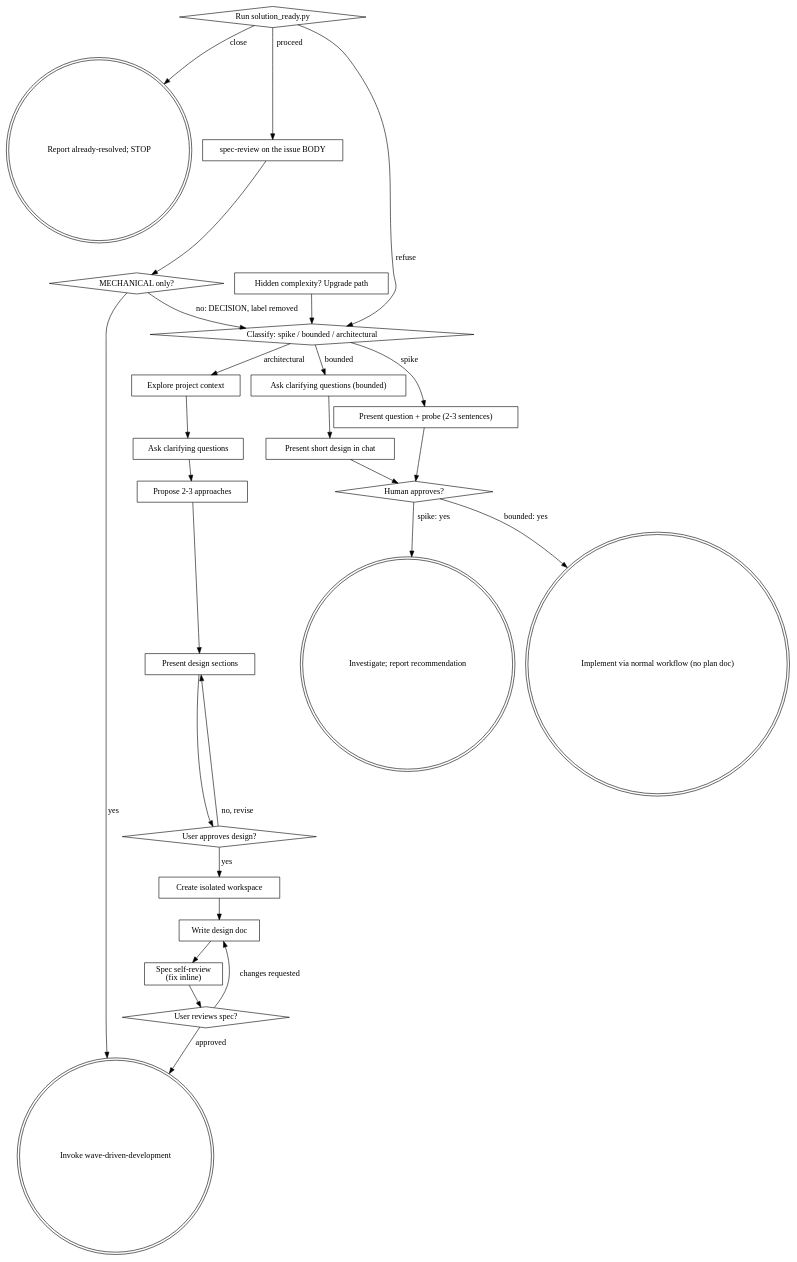
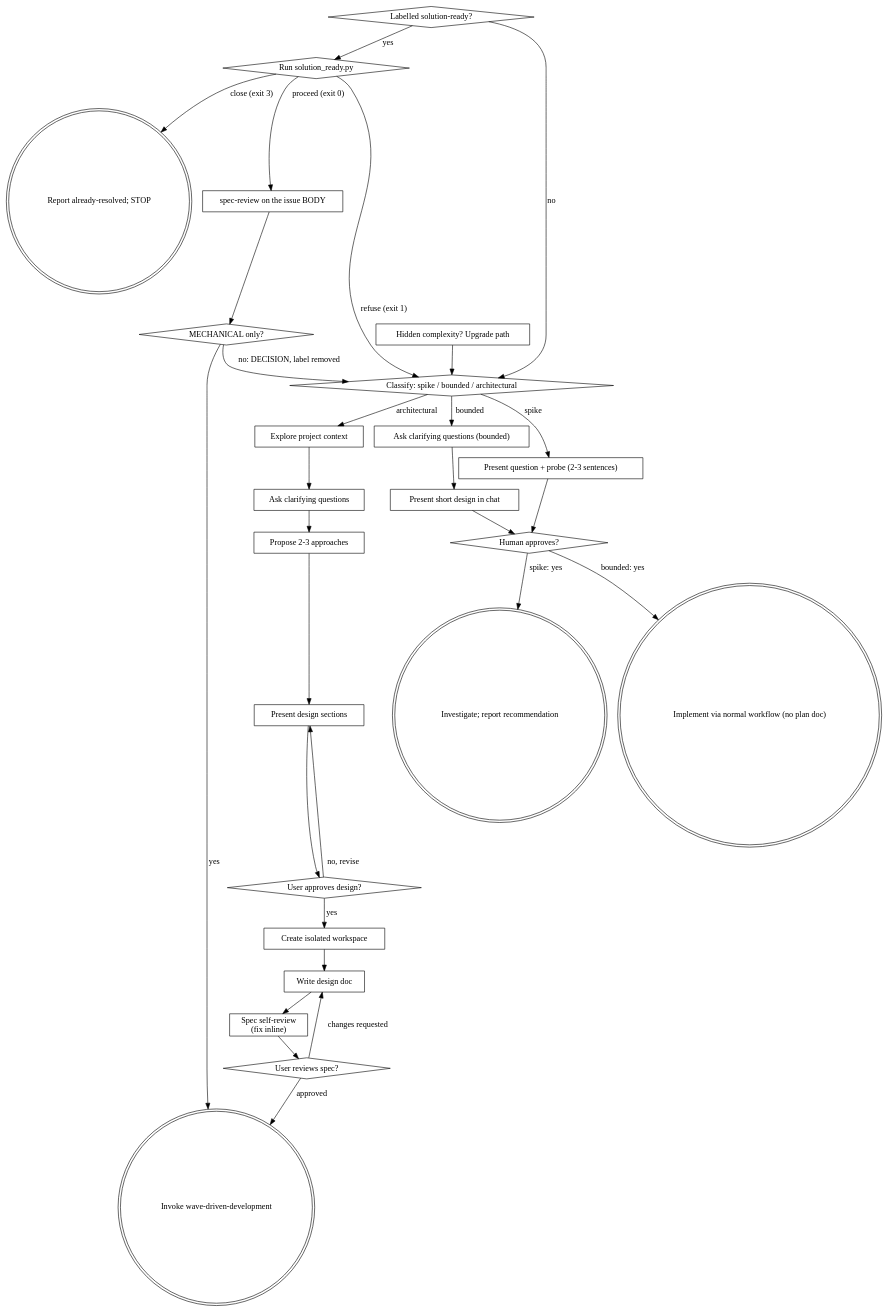
Before and after one commit to fendyjong/pitcall: the diagram in skills/brainstorming/SKILL.md, drawn with Graphviz. The commit also changed other lines of this file and 4 other files, not shown here.

````diff
--- a/skills/brainstorming/SKILL.md
+++ b/skills/brainstorming/SKILL.md
@@ -136,53 +144,56 @@
 ```dot
 digraph brainstorming {
+    "Labelled solution-ready?" [shape=diamond];
     "Run solution_ready.py" [shape=diamond];
     "Report already-resolved; STOP" [shape=doublecircle];
     "spec-review on the issue BODY" [shape=box];
     "MECHANICAL only?" [shape=diamond];
     "Classify: spike / bounded / architectural" [shape=diamond];
     "Present question + probe (2-3 sentences)" [shape=box];
     "Ask clarifying questions (bounded)" [shape=box];
     "Present short design in chat" [shape=box];
     "Human approves?" [shape=diamond];
     "Investigate; report recommendation" [shape=doublecircle];
     "Implement via normal workflow (no plan doc)" [shape=doublecircle];
     "Explore project context" [shape=box];
     "Ask clarifying questions" [shape=box];
     "Propose 2-3 approaches" [shape=box];
     "Present design sections" [shape=box];
     "User approves design?" [shape=diamond];
     "Create isolated workspace" [shape=box];
     "Write design doc" [shape=box];
     "Spec self-review\n(fix inline)" [shape=box];
     "User reviews spec?" [shape=diamond];
     "Invoke wave-driven-development" [shape=doublecircle];
     "Hidden complexity? Upgrade path" [shape=box];
 
     "Classify: spike / bounded / architectural" -> "Present question + probe (2-3 sentences)" [label="spike"];
     "Classify: spike / bounded / architectural" -> "Ask clarifying questions (bounded)" [label="bounded"];
     "Classify: spike / bounded / architectural" -> "Explore project context" [label="architectural"];
     "Present question + probe (2-3 sentences)" -> "Human approves?";
     "Ask clarifying questions (bounded)" -> "Present short design in chat";
     "Present short design in chat" -> "Human approves?";
     "Human approves?" -> "Investigate; report recommendation" [label="spike: yes"];
     "Human approves?" -> "Implement via normal workflow (no plan doc)" [label="bounded: yes"];
     "Hidden complexity? Upgrade path" -> "Classify: spike / bounded / architectural";
     "Explore project context" -> "Ask clarifying questions";
     "Ask clarifying questions" -> "Propose 2-3 approaches";
     "Propose 2-3 approaches" -> "Present design sections";
     "Present design sections" -> "User approves design?";
     "User approves design?" -> "Present design sections" [label="no, revise"];
     "User approves design?" -> "Create isolated workspace" [label="yes"];
     "Create isolated workspace" -> "Write design doc";
     "Write design doc" -> "Spec self-review\n(fix inline)";
     "Spec self-review\n(fix inline)" -> "User reviews spec?";
     "User reviews spec?" -> "Write design doc" [label="changes requested"];
     "User reviews spec?" -> "Invoke wave-driven-development" [label="approved"];
-    "Run solution_ready.py" -> "Report already-resolved; STOP" [label="close"];
-    "Run solution_ready.py" -> "Classify: spike / bounded / architectural" [label="refuse"];
-    "Run solution_ready.py" -> "spec-review on the issue BODY" [label="proceed"];
+    "Labelled solution-ready?" -> "Run solution_ready.py" [label="yes"];
+    "Labelled solution-ready?" -> "Classify: spike / bounded / architectural" [label="no"];
+    "Run solution_ready.py" -> "Report already-resolved; STOP" [label="close (exit 3)"];
+    "Run solution_ready.py" -> "Classify: spike / bounded / architectural" [label="refuse (exit 1)"];
+    "Run solution_ready.py" -> "spec-review on the issue BODY" [label="proceed (exit 0)"];
     "spec-review on the issue BODY" -> "MECHANICAL only?";
     "MECHANICAL only?" -> "Invoke wave-driven-development" [label="yes"];
     "MECHANICAL only?" -> "Classify: spike / bounded / architectural" [label="no: DECISION, label removed"];
 }
 ```
````
